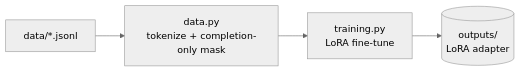
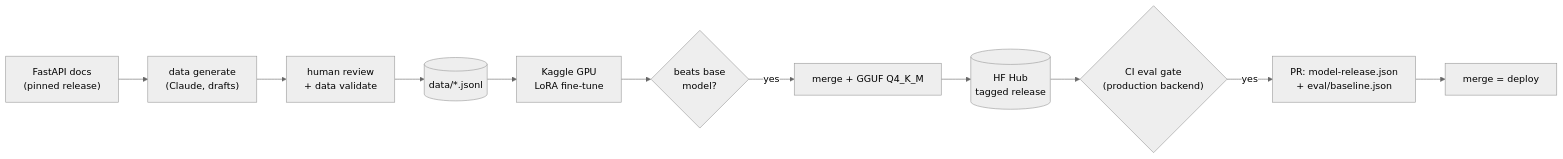
The second of 3 diagrams in ARCHITECTURE.md (syed-waleed-ahmed/Niche-Finetuned-Model), drawn with Mermaid (neutral theme) before and after one commit. The commit also changed other lines of this file and 2 other files, not shown here.

First line of the commit message:
Document the scaled-out architecture and deployment runbook

````diff
--- a/ARCHITECTURE.md
+++ b/ARCHITECTURE.md
@@ -48,6 +64,13 @@
 ```mermaid
 flowchart LR
-    Data["data/*.jsonl"] --> Tok["data.py<br/>tokenize + completion-only mask"]
-    Tok --> Train["training.py<br/>LoRA fine-tune"]
-    Train --> Adapter[("outputs/<br/>LoRA adapter")]
+    Docs["FastAPI docs<br/>(pinned release)"] --> Gen["data generate<br/>(Claude, drafts)"]
+    Gen --> Review["human review<br/>+ data validate"]
+    Review --> Data[("data/*.jsonl")]
+    Data --> Train["Kaggle GPU<br/>LoRA fine-tune"]
+    Train --> G1{"beats base<br/>model?"}
+    G1 -->|yes| Export["merge + GGUF Q4_K_M"]
+    Export --> Hub[("HF Hub<br/>tagged release")]
+    Hub --> G2{"CI eval gate<br/>(production backend)"}
+    G2 -->|yes| PR["PR: model-release.json<br/>+ eval/baseline.json"]
+    PR --> Deploy["merge = deploy"]
 ```
````
